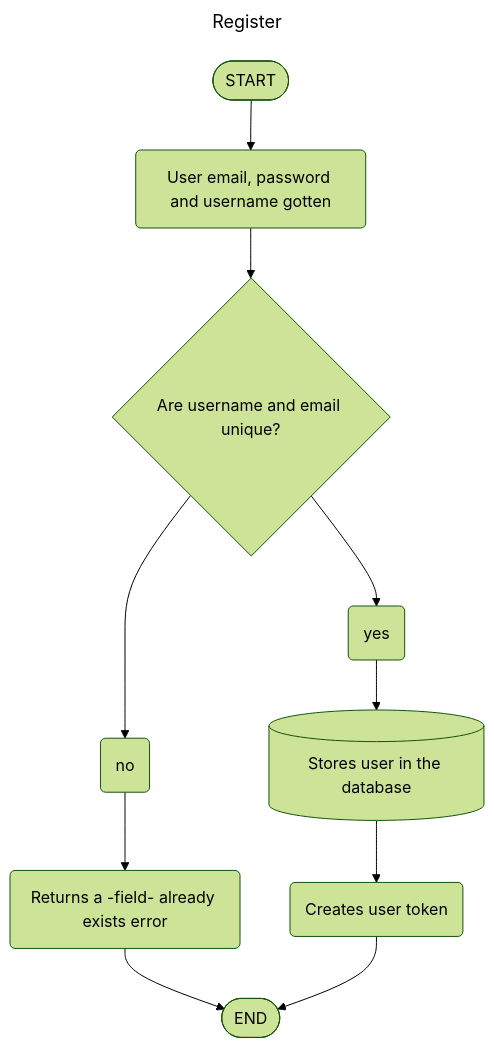
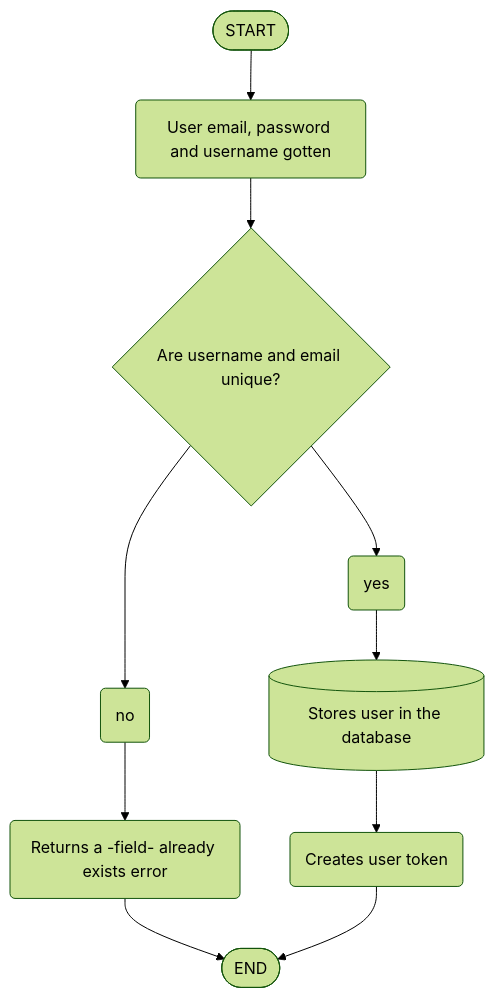
One commit to ripterdust/SchoolManagementSystem changed the first of 2 diagrams in diagrams/flow/authentication.md. Above: the diagram before and after it, drawn with Mermaid (forest theme). The commit also changed other lines of this file, not shown here.

Commit message:
Deleted the unnecesary titles

````diff
--- a/diagrams/flow/authentication.md
+++ b/diagrams/flow/authentication.md
@@ -7,15 +7,12 @@
 ```mermaid
----
-    title: Register
----
 flowchart
     id1([START]) --> id2(User email, password and username gotten)
     id2 --> id3{Are username and email unique?}
     id3 --> id5(no)
     id5 --> id6(Returns a -field- already exists error)
     id3 --> id4(yes)
     id4 --> id7[(Stores user in the database)]
     id7 --> id8(Creates user token)
     id6 --> id9
     id8 --> id9([END])
 ```
````
